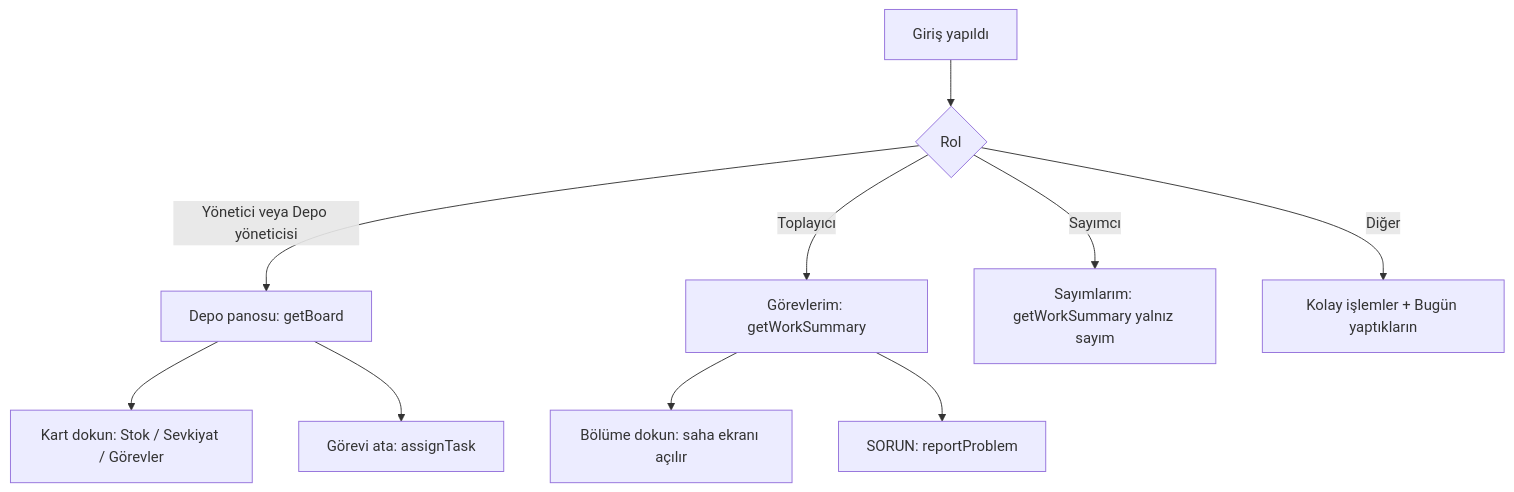
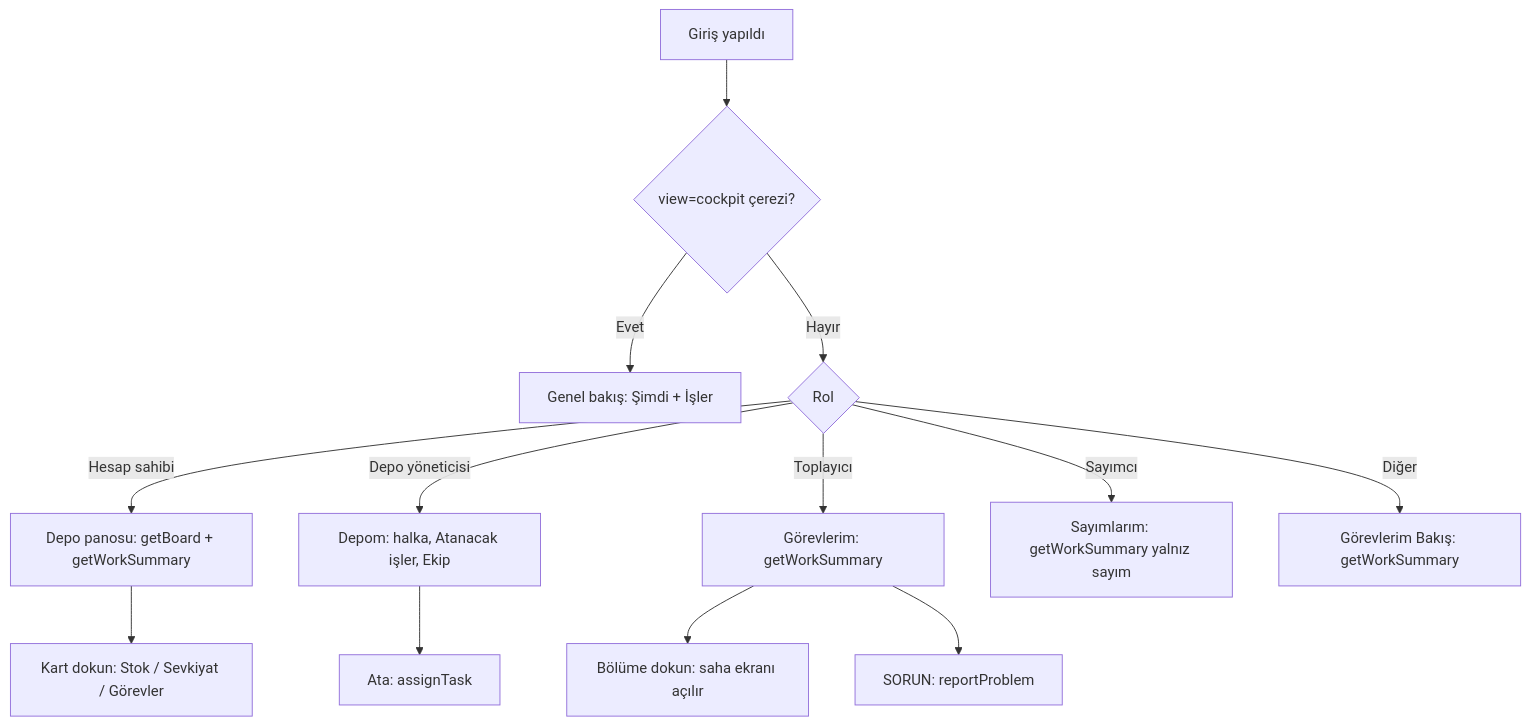
The second of 13 diagrams in docs/fonksiyonel-mimari/02c-depo-operasyonlari.md (shosgoren/EtkinWMS), drawn with Mermaid before and after one commit. The commit also changed other lines of this file and 10 other files, not shown here.

````diff
--- a/docs/fonksiyonel-mimari/02c-depo-operasyonlari.md
+++ b/docs/fonksiyonel-mimari/02c-depo-operasyonlari.md
@@ -134,12 +185,15 @@
 ```mermaid
 flowchart TD
-  G[Giriş yapıldı] --> R{Rol}
-  R -- Yönetici veya Depo yöneticisi --> P[Depo panosu: getBoard]
+  G[Giriş yapıldı] --> V{view=cockpit çerezi?}
+  V -- Evet --> K[Genel bakış: Şimdi + İşler]
+  V -- Hayır --> R{Rol}
+  R -- Hesap sahibi --> P[Depo panosu: getBoard + getWorkSummary]
+  R -- Depo yöneticisi --> M[Depom: halka, Atanacak işler, Ekip]
   R -- Toplayıcı --> H[Görevlerim: getWorkSummary]
   R -- Sayımcı --> S[Sayımlarım: getWorkSummary yalnız sayım]
-  R -- Diğer --> K[Kolay işlemler + Bugün yaptıkların]
+  R -- Diğer --> E[Görevlerim Bakış: getWorkSummary]
   P --> A1[Kart dokun: Stok / Sevkiyat / Görevler]
-  P --> A2[Görevi ata: assignTask]
+  M --> A2[Ata: assignTask]
   H --> B1[Bölüme dokun: saha ekranı açılır]
   H --> B2[SORUN: reportProblem]
 ```
````
